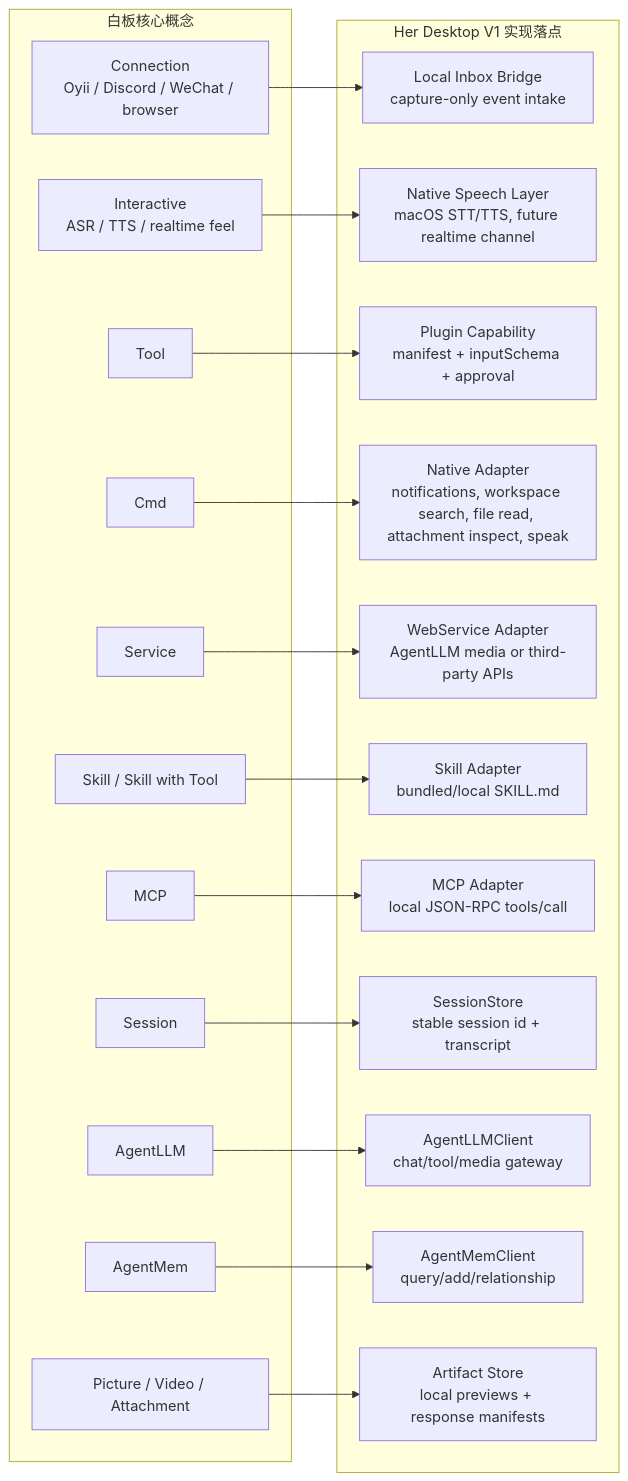
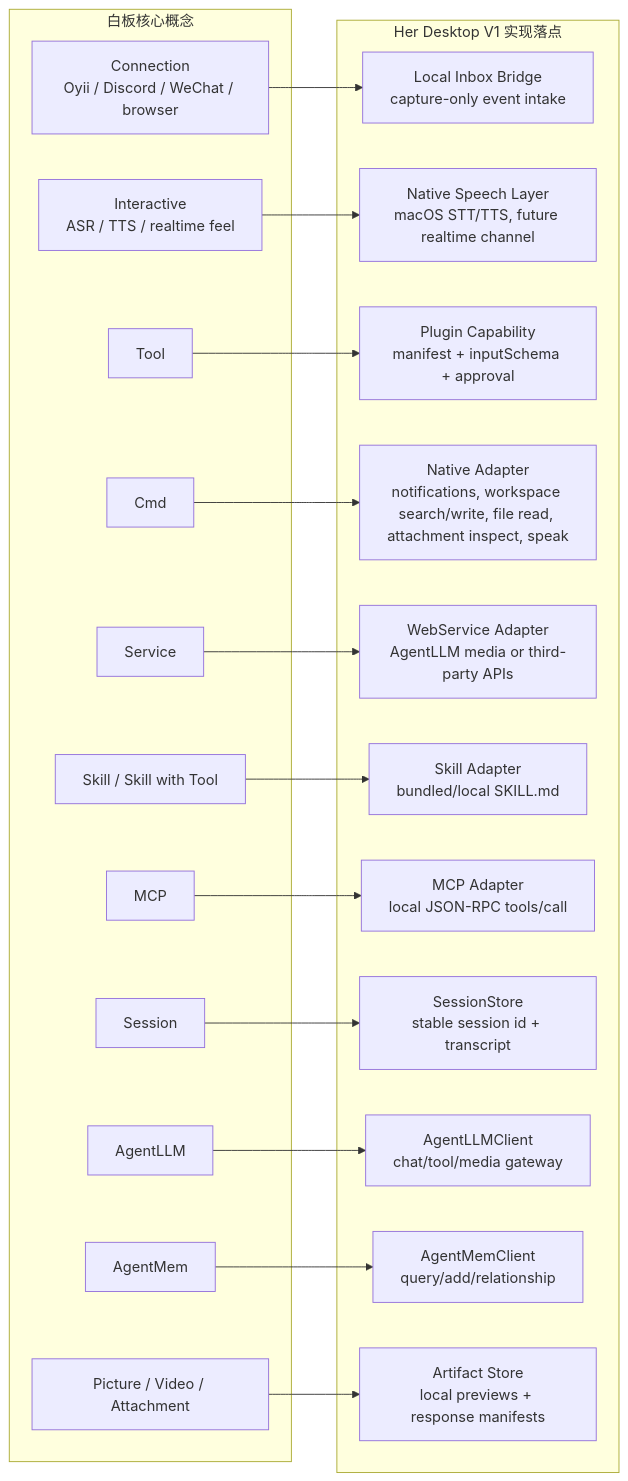
One commit to stelee410/her-desktop changed the third of 7 diagrams in docs/her-desktop-architecture.md. Above: the diagram before and after it, drawn with Mermaid. The commit also changed other lines of this file and 9 other files, not shown here.

````diff
--- a/docs/her-desktop-architecture.md
+++ b/docs/her-desktop-architecture.md
@@ -224,42 +224,42 @@
 ```mermaid
 flowchart LR
     subgraph sketch["白板核心概念"]
         connection["Connection<br/>Oyii / Discord / WeChat / browser"]
         interactive["Interactive<br/>ASR / TTS / realtime feel"]
         tool["Tool"]
         cmd["Cmd"]
         service["Service"]
         skill["Skill / Skill with Tool"]
         mcp2["MCP"]
         session2["Session"]
         agentLLM["AgentLLM"]
         agentMem["AgentMem"]
         media["Picture / Video / Attachment"]
     end
 
     subgraph implementation["Her Desktop V1 实现落点"]
         inbox2["Local Inbox Bridge<br/>capture-only event intake"]
         speech["Native Speech Layer<br/>macOS STT/TTS, future realtime channel"]
         cap["Plugin Capability<br/>manifest + inputSchema + approval"]
-        native2["Native Adapter<br/>notifications, workspace search, file read, attachment inspect, speak"]
+        native2["Native Adapter<br/>notifications, workspace search/write, file read, attachment inspect, speak"]
         webservice2["WebService Adapter<br/>AgentLLM media or third-party APIs"]
         skill2["Skill Adapter<br/>bundled/local SKILL.md"]
         mcpAdapter["MCP Adapter<br/>local JSON-RPC tools/call"]
         sessionStore["SessionStore<br/>stable session id + transcript"]
         llmClient["AgentLLMClient<br/>chat/tool/media gateway"]
         memClient["AgentMemClient<br/>query/add/relationship"]
         artifactStore["Artifact Store<br/>local previews + response manifests"]
     end
 
     connection --> inbox2
     interactive --> speech
     tool --> cap
     cmd --> native2
     service --> webservice2
     skill --> skill2
     mcp2 --> mcpAdapter
     session2 --> sessionStore
     agentLLM --> llmClient
     agentMem --> memClient
     media --> artifactStore
 ```
````
